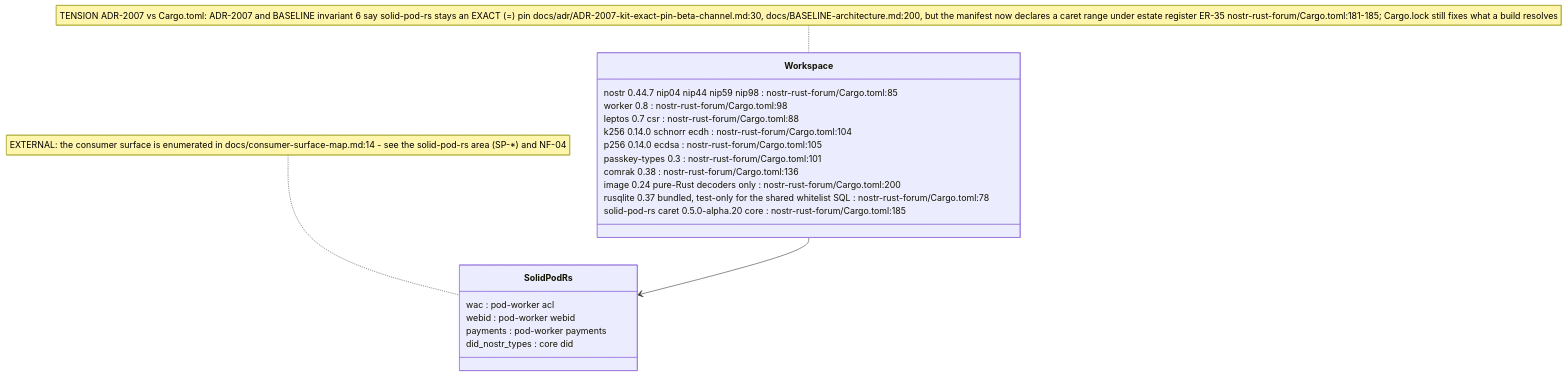
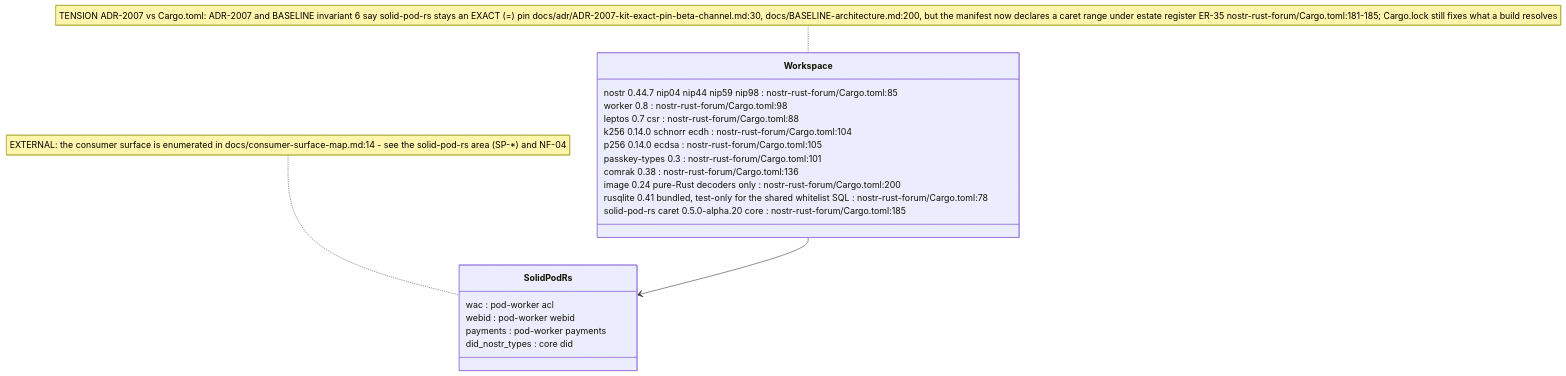
The fourth of 6 diagrams in docs/diagrams/nostr-rust-forum/01-workspace-and-worker-topology.md (DreamLab-AI/VisionFlow), drawn with Mermaid before and after one commit. The commit also changed other lines of this file and 48 other files, not shown here.

Commit message:
docs: reconcile estate repairs and first diagram refresh batch

````diff
--- a/docs/diagrams/nostr-rust-forum/01-workspace-and-worker-topology.md
+++ b/docs/diagrams/nostr-rust-forum/01-workspace-and-worker-topology.md
@@ -171,25 +171,25 @@
 ```mermaid
 classDiagram
     class Workspace {
         nostr 0.44.7 nip04 nip44 nip59 nip98 : nostr-rust-forum/Cargo.toml:85
         worker 0.8 : nostr-rust-forum/Cargo.toml:98
         leptos 0.7 csr : nostr-rust-forum/Cargo.toml:88
         k256 0.14.0 schnorr ecdh : nostr-rust-forum/Cargo.toml:104
         p256 0.14.0 ecdsa : nostr-rust-forum/Cargo.toml:105
         passkey-types 0.3 : nostr-rust-forum/Cargo.toml:101
         comrak 0.38 : nostr-rust-forum/Cargo.toml:136
         image 0.24 pure-Rust decoders only : nostr-rust-forum/Cargo.toml:200
-        rusqlite 0.37 bundled, test-only for the shared whitelist SQL : nostr-rust-forum/Cargo.toml:78
+        rusqlite 0.41 bundled, test-only for the shared whitelist SQL : nostr-rust-forum/Cargo.toml:78
         solid-pod-rs caret 0.5.0-alpha.20 core : nostr-rust-forum/Cargo.toml:185
     }
     class SolidPodRs {
         wac : pod-worker acl
         webid : pod-worker webid
         payments : pod-worker payments
         did_nostr_types : core did
     }
     Workspace --> SolidPodRs
 
     note for Workspace "TENSION ADR-2007 vs Cargo.toml: ADR-2007 and BASELINE invariant 6 say solid-pod-rs stays an EXACT (=) pin docs/adr/ADR-2007-kit-exact-pin-beta-channel.md:30, docs/BASELINE-architecture.md:200, but the manifest now declares a caret range under estate register ER-35 nostr-rust-forum/Cargo.toml:181-185; Cargo.lock still fixes what a build resolves"
     note for SolidPodRs "EXTERNAL: the consumer surface is enumerated in docs/consumer-surface-map.md:14 - see the solid-pod-rs area (SP-*) and NF-04"
 ```
````
